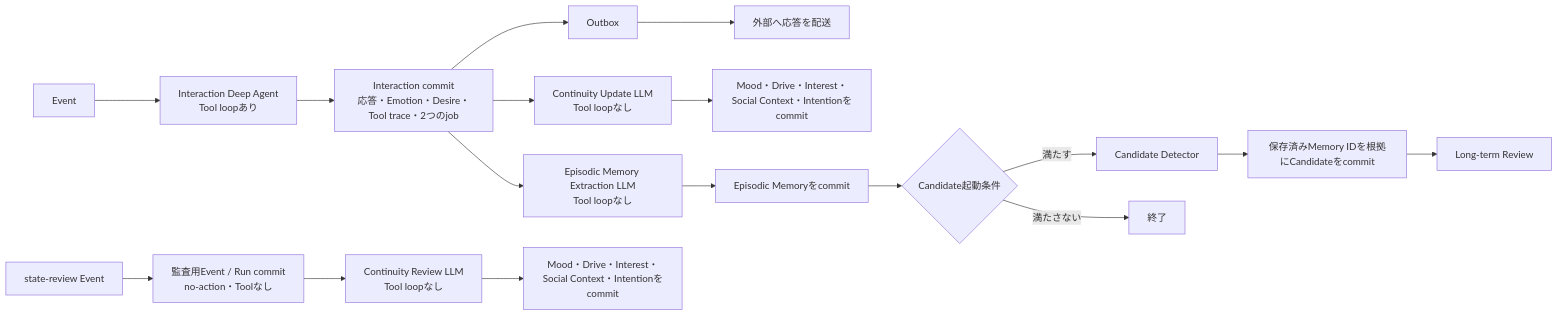
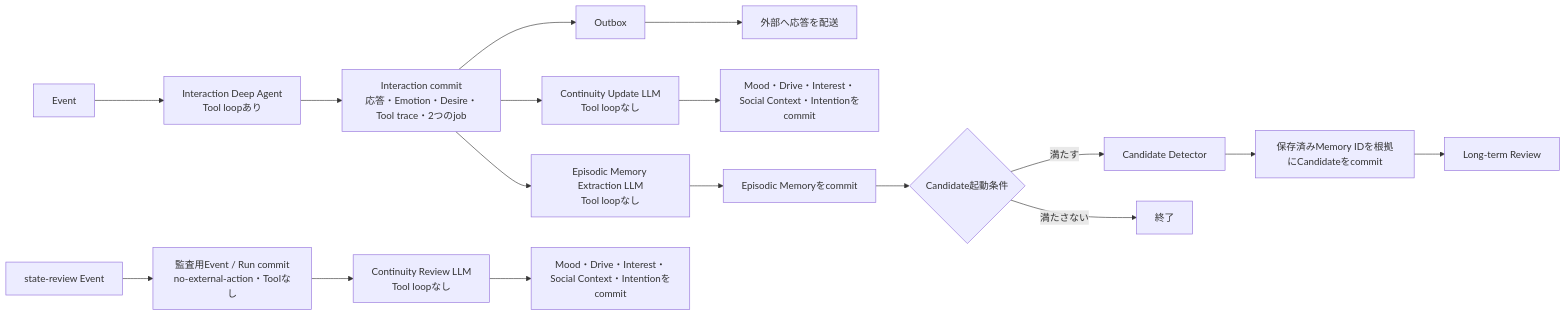
One commit to if001/social_agent changed the third of 4 diagrams in docs/ARCHITECTURE.md. Above: the diagram before and after it, drawn with Mermaid. The commit also changed other lines of this file and 21 other files, not shown here.

````diff
--- a/docs/ARCHITECTURE.md
+++ b/docs/ARCHITECTURE.md
@@ -262,20 +264,20 @@
 ```mermaid
 flowchart LR
     E[Event] --> I[Interaction Deep Agent<br/>Tool loopあり]
     I --> C[Interaction commit<br/>応答・Emotion・Desire・Tool trace・2つのjob]
     C --> O[Outbox]
     O --> Q[外部へ応答を配送]
     C --> U[Continuity Update LLM<br/>Tool loopなし]
     C --> M[Episodic Memory Extraction LLM<br/>Tool loopなし]
     U --> US[Mood・Drive・Interest・Social Context・Intentionをcommit]
     M --> MS[Episodic Memoryをcommit]
     MS --> G{Candidate起動条件}
     G -->|満たす| D[Candidate Detector]
     G -->|満たさない| X[終了]
     D --> DS[保存済みMemory IDを根拠にCandidateをcommit]
     DS --> R[Long-term Review]
 
-    SR[state-review Event] --> SC[監査用Event / Run commit<br/>no-action・Toolなし]
+    SR[state-review Event] --> SC[監査用Event / Run commit<br/>no-external-action・Toolなし]
     SC --> SU[Continuity Review LLM<br/>Tool loopなし]
     SU --> SS[Mood・Drive・Interest・Social Context・Intentionをcommit]
 ```
````
